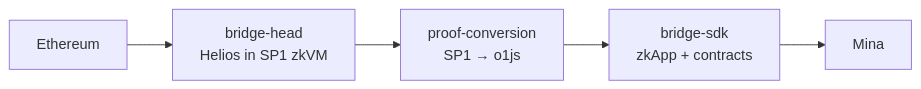
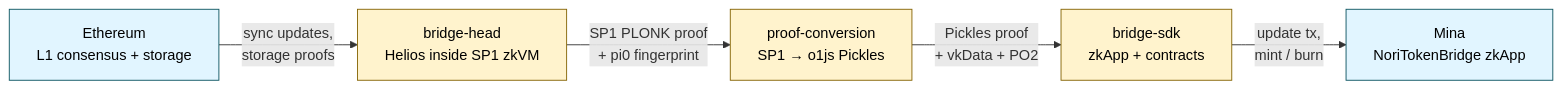
One commit to Nori-zk/nori-docs changed the first of 2 diagrams in docs/architecture/index.md. Above: the diagram before and after it, drawn with Mermaid. The commit also changed other lines of this file and 8 other files, not shown here.

````diff
--- a/docs/architecture/index.md
+++ b/docs/architecture/index.md
@@ -20,7 +71,12 @@
 ```mermaid
 flowchart LR
-    ETH[Ethereum] --> BH[bridge-head<br/>Helios in SP1 zkVM]
-    BH --> PC[proof-conversion<br/>SP1 → o1js]
-    PC --> SDK[bridge-sdk<br/>zkApp + contracts]
-    SDK --> MINA[Mina]
+    ETH[Ethereum<br/>L1 consensus + storage] -->|sync updates,<br/>storage proofs| BH
+    BH[bridge-head<br/>Helios inside SP1 zkVM] -->|SP1 PLONK proof<br/>+ pi0 fingerprint| PC
+    PC[proof-conversion<br/>SP1 → o1js Pickles] -->|Pickles proof<br/>+ vkData + PO2| SDK
+    SDK[bridge-sdk<br/>zkApp + contracts] -->|update tx,<br/>mint / burn| MINA[Mina<br/>NoriTokenBridge zkApp]
+
+    classDef chain fill:#e1f5ff,stroke:#0c5460,color:#000
+    classDef component fill:#fff3cd,stroke:#856404,color:#000
+    class ETH,MINA chain
+    class BH,PC,SDK component
 ```
````
